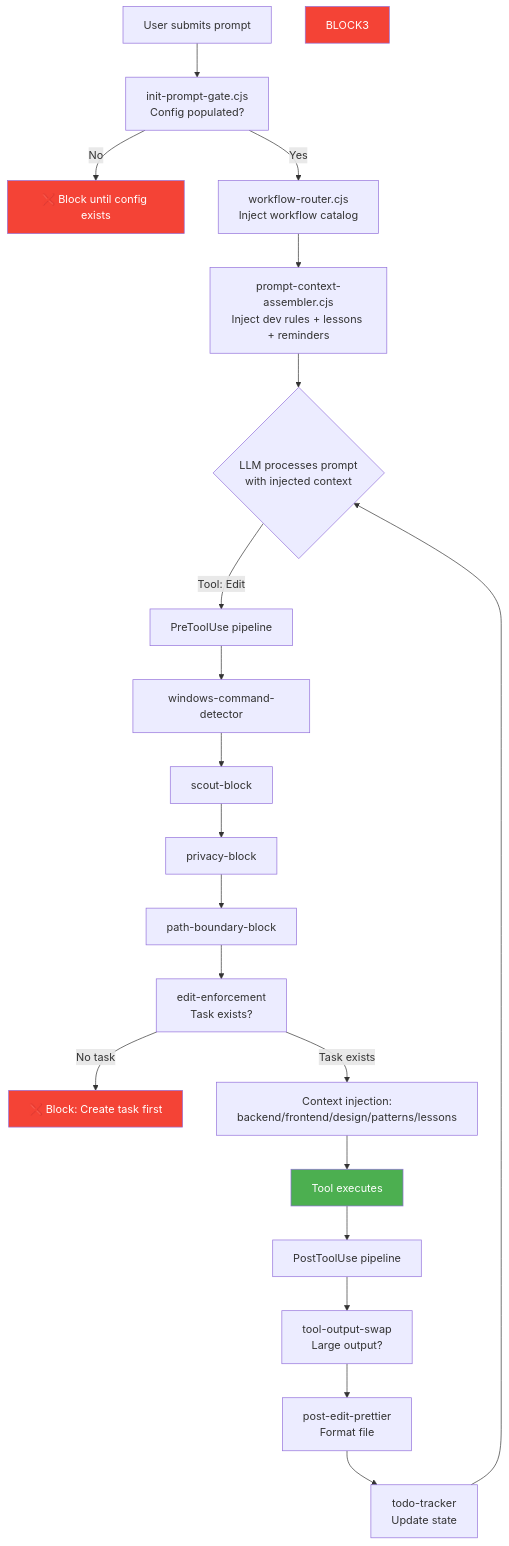
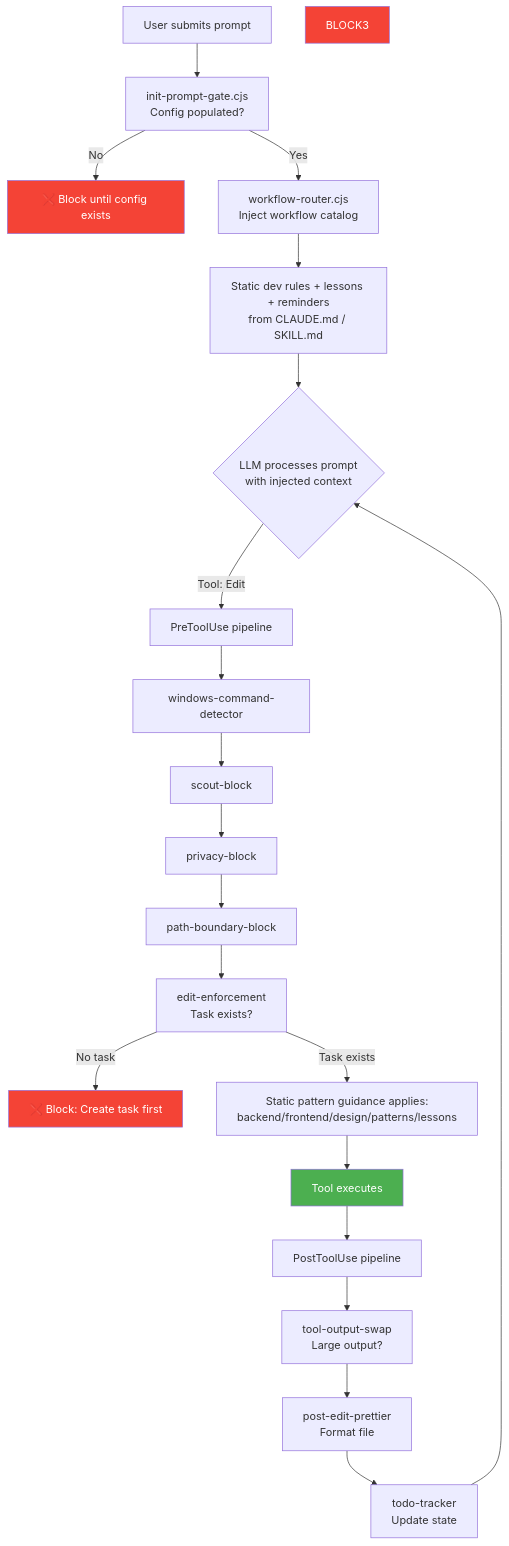
One commit to duc01226/easy-claude changed diagram 20 of 20 in .claude/docs/claude-ai-agent-framework-guide.md. Above: the diagram before and after it, drawn with Mermaid. The commit also changed other lines of this file and 43 other files, not shown here.

````diff
--- a/.claude/docs/claude-ai-agent-framework-guide.md
+++ b/.claude/docs/claude-ai-agent-framework-guide.md
@@ -3446,31 +3397,31 @@
 ```mermaid
 flowchart TB
     A[User submits prompt] --> B[init-prompt-gate.cjs<br/>Config populated?]
     B -->|No| BLOCK1[❌ Block until config exists]
     B -->|Yes| C[workflow-router.cjs<br/>Inject workflow catalog]
-    C --> D[prompt-context-assembler.cjs<br/>Inject dev rules + lessons + reminders]
+    C --> D[Static dev rules + lessons + reminders<br/>from CLAUDE.md / SKILL.md]
 
     D --> H{LLM processes prompt<br/>with injected context}
 
     H -->|Tool: Edit| I[PreToolUse pipeline]
     I --> I1[windows-command-detector]
     I1 --> I2[scout-block]
     I2 --> I3[privacy-block]
     I3 --> I4[path-boundary-block]
     I4 --> I5[edit-enforcement<br/>Task exists?]
     I5 -->|No task| BLOCK2[❌ Block: Create task first]
-    I5 -->|Task exists| I7[Context injection:<br/>backend/frontend/design/patterns/lessons]
+    I5 -->|Task exists| I7[Static pattern guidance applies:<br/>backend/frontend/design/patterns/lessons]
     I7 --> EXEC[Tool executes]
 
     EXEC --> J[PostToolUse pipeline]
     J --> J1[tool-output-swap<br/>Large output?]
     J1 --> J2[post-edit-prettier<br/>Format file]
     J2 --> J3[todo-tracker<br/>Update state]
 
     J3 --> H
 
     style BLOCK1 fill:#f44336,color:white
     style BLOCK2 fill:#f44336,color:white
     style BLOCK3 fill:#f44336,color:white
     style EXEC fill:#4CAF50,color:white
 ```
````
